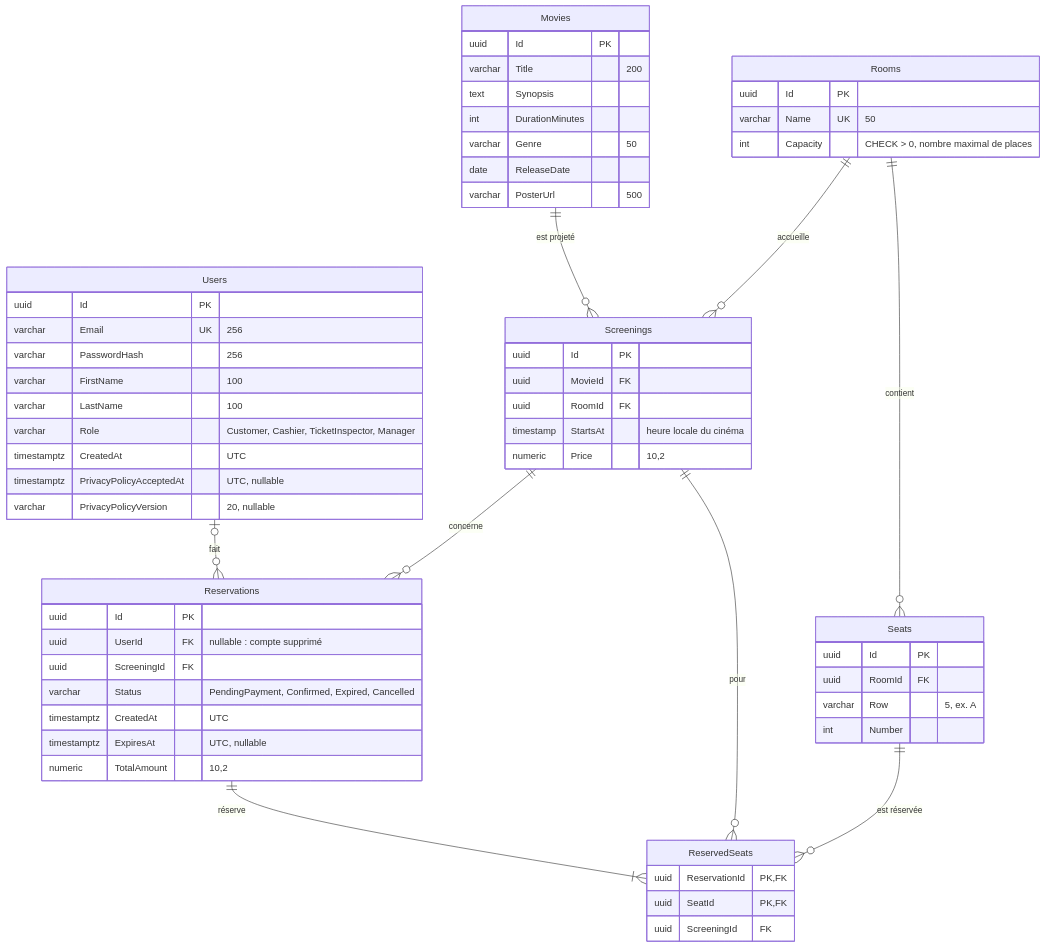
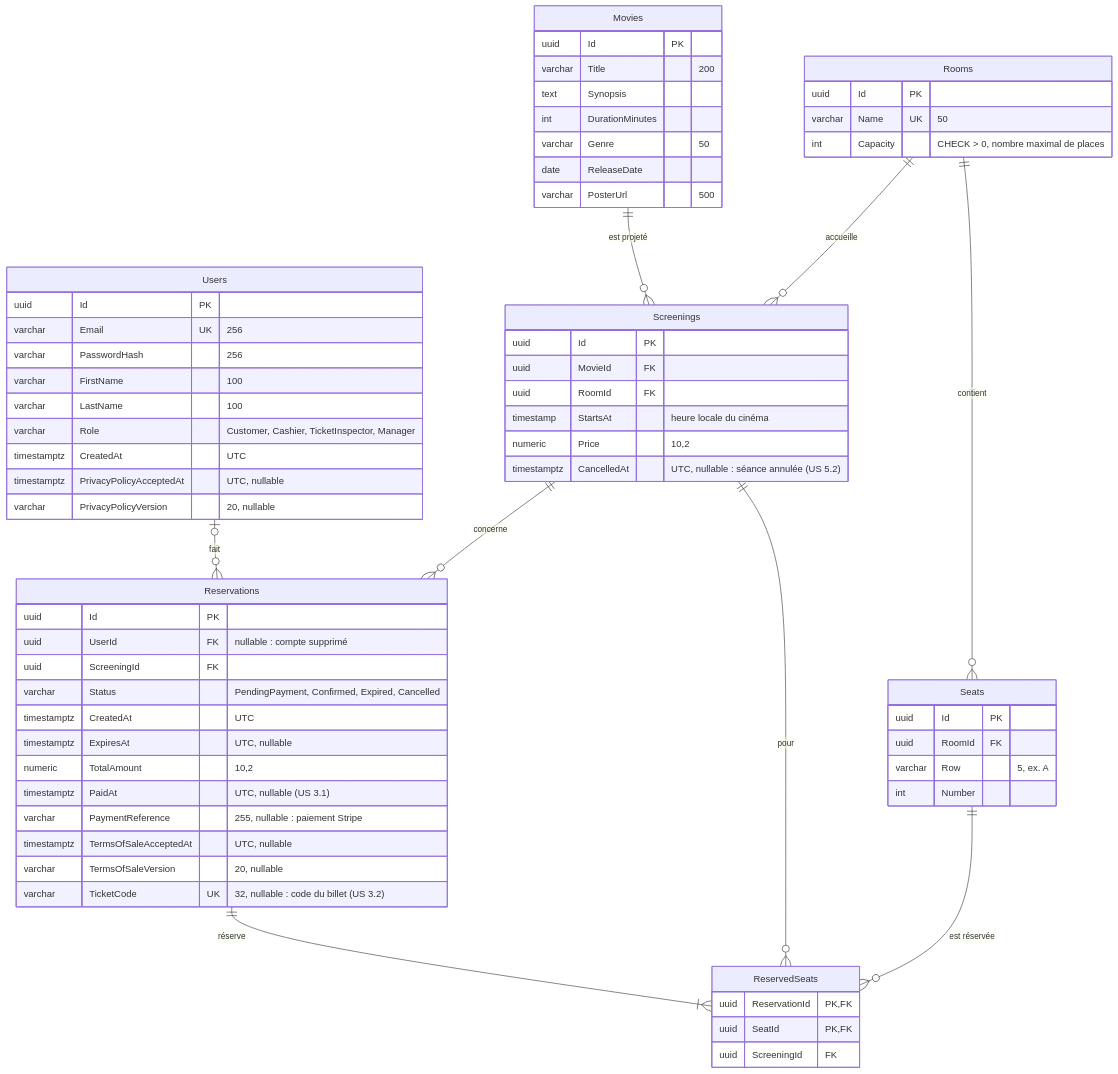
Before and after one commit to Grand-Cinema-Studi/grand-cinema-backend: the diagram in docs/database/erd.md, drawn with Mermaid. The commit also changed other lines of this file and 1 other file, not shown here.

Commit message:
docs(us-3.2): database schema up to date

````diff
--- a/docs/database/erd.md
+++ b/docs/database/erd.md
@@ -5,64 +5,70 @@
 ```mermaid
 erDiagram
     Users |o--o{ Reservations : "fait"
     Screenings ||--o{ Reservations : "concerne"
     Movies ||--o{ Screenings : "est projeté"
     Rooms ||--o{ Screenings : "accueille"
     Rooms ||--o{ Seats : "contient"
     Reservations ||--|{ ReservedSeats : "réserve"
     Seats ||--o{ ReservedSeats : "est réservée"
     Screenings ||--o{ ReservedSeats : "pour"
 
     Users {
         uuid Id PK
         varchar Email UK "256"
         varchar PasswordHash "256"
         varchar FirstName "100"
         varchar LastName "100"
         varchar Role "Customer, Cashier, TicketInspector, Manager"
         timestamptz CreatedAt "UTC"
         timestamptz PrivacyPolicyAcceptedAt "UTC, nullable"
         varchar PrivacyPolicyVersion "20, nullable"
     }
     Movies {
         uuid Id PK
         varchar Title "200"
         text Synopsis
         int DurationMinutes
         varchar Genre "50"
         date ReleaseDate
         varchar PosterUrl "500"
     }
     Rooms {
         uuid Id PK
         varchar Name UK "50"
         int Capacity "CHECK > 0, nombre maximal de places"
     }
     Seats {
         uuid Id PK
         uuid RoomId FK
         varchar Row "5, ex. A"
         int Number
     }
     Screenings {
         uuid Id PK
         uuid MovieId FK
         uuid RoomId FK
         timestamp StartsAt "heure locale du cinéma"
         numeric Price "10,2"
+        timestamptz CancelledAt "UTC, nullable : séance annulée (US 5.2)"
     }
     Reservations {
         uuid Id PK
         uuid UserId FK "nullable : compte supprimé"
         uuid ScreeningId FK
         varchar Status "PendingPayment, Confirmed, Expired, Cancelled"
         timestamptz CreatedAt "UTC"
         timestamptz ExpiresAt "UTC, nullable"
         numeric TotalAmount "10,2"
+        timestamptz PaidAt "UTC, nullable (US 3.1)"
+        varchar PaymentReference "255, nullable : paiement Stripe"
+        timestamptz TermsOfSaleAcceptedAt "UTC, nullable"
+        varchar TermsOfSaleVersion "20, nullable"
+        varchar TicketCode UK "32, nullable : code du billet (US 3.2)"
     }
     ReservedSeats {
         uuid ReservationId PK, FK
         uuid SeatId PK, FK
         uuid ScreeningId FK
     }
 ```
````
